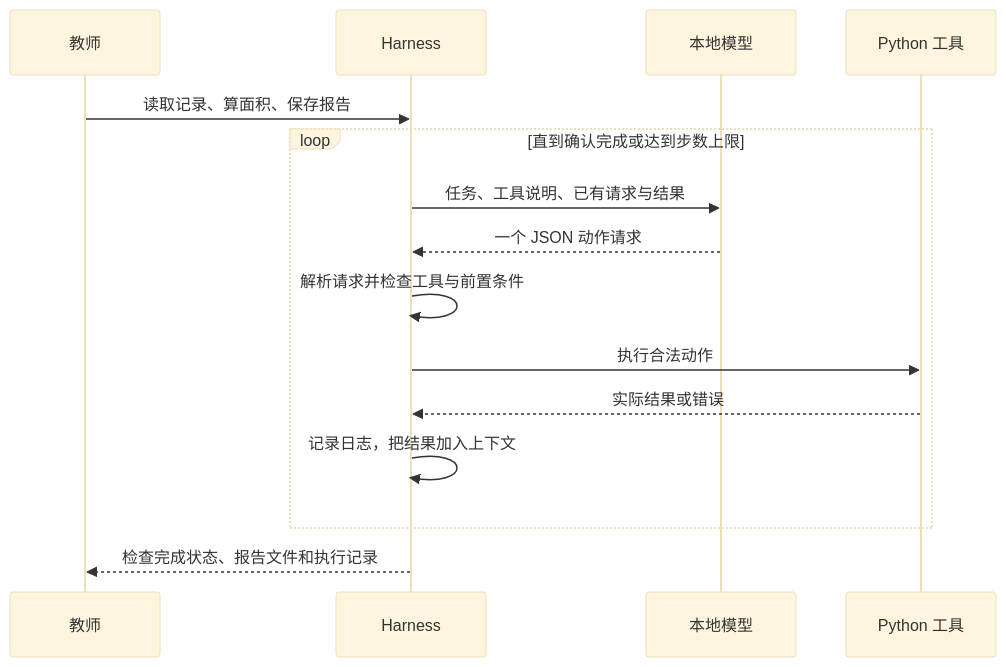
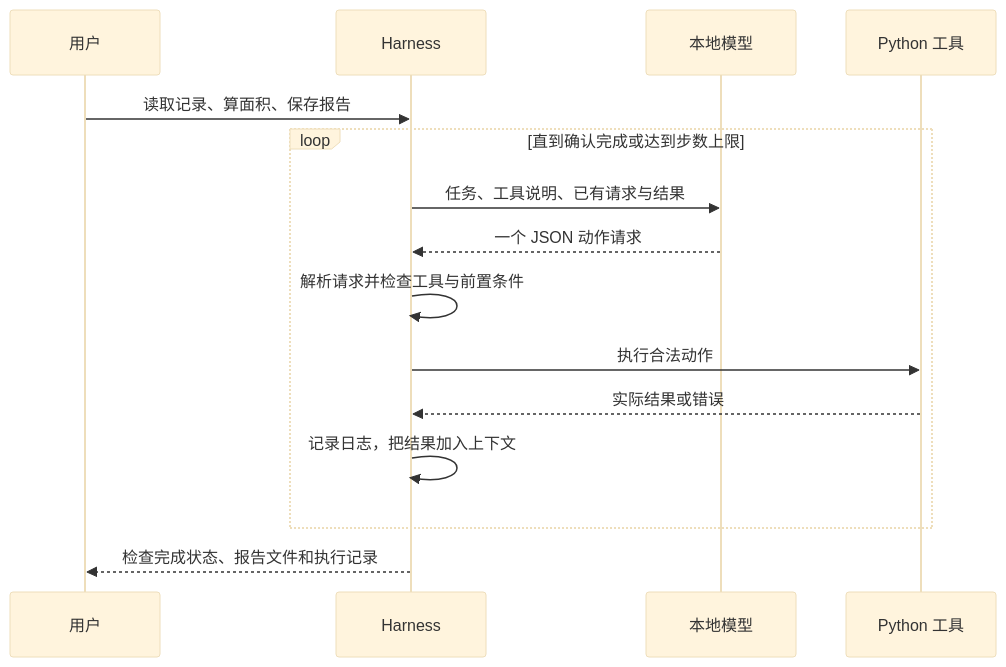
The diagram in lesson01/内容/04_AI与Agent的工作方式/07_文本命令与Agent_Harness.md (shadowater/ai-for-mat-science), drawn with Mermaid (base theme) before and after one commit. The commit also changed other lines of this file and 69 other files, not shown here.

````diff
--- a/lesson01/内容/04_AI与Agent的工作方式/07_文本命令与Agent_Harness.md
+++ b/lesson01/内容/04_AI与Agent的工作方式/07_文本命令与Agent_Harness.md
@@ -100,17 +100,17 @@
 ```mermaid
 sequenceDiagram
-    participant U as 教师
+    participant U as 用户
     participant H as Harness
     participant M as 本地模型
     participant T as Python 工具
     U->>H: 读取记录、算面积、保存报告
     loop 直到确认完成或达到步数上限
         H->>M: 任务、工具说明、已有请求与结果
         M-->>H: 一个 JSON 动作请求
         H->>H: 解析请求并检查工具与前置条件
         H->>T: 执行合法动作
         T-->>H: 实际结果或错误
         H->>H: 记录日志，把结果加入上下文
     end
     H-->>U: 检查完成状态、报告文件和执行记录
 ```
````
